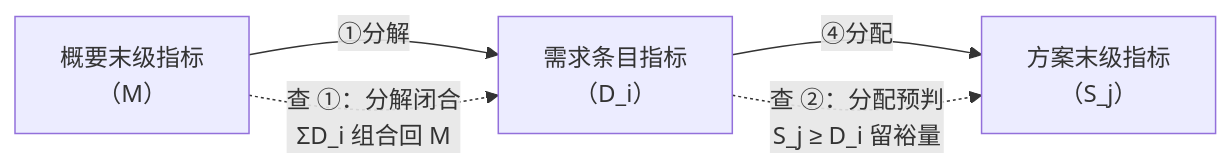
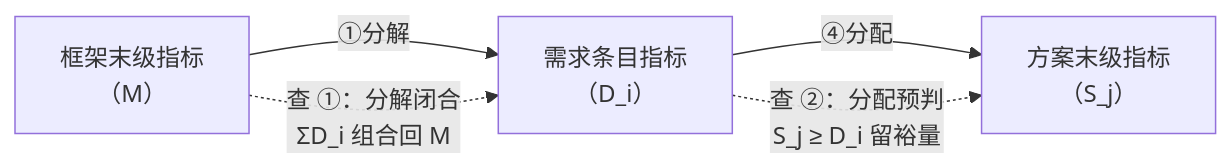
One commit to Yongjunzhou/AOS-system-design changed the tenth of 17 diagrams in 50-系统工程研究/00-系统工程相关研究报告/01-设计开发概念研究报告-从需求到质量基座.md. Above: the diagram before and after it, drawn with Mermaid. The commit also changed other lines of this file and 60 other files, not shown here.

````diff
--- a/50-系统工程研究/00-系统工程相关研究报告/01-设计开发概念研究报告-从需求到质量基座.md
+++ b/50-系统工程研究/00-系统工程相关研究报告/01-设计开发概念研究报告-从需求到质量基座.md
@@ -489,7 +489,7 @@
 ```mermaid
 flowchart LR
-    M["概要末级指标<br/>（M）"] -->|"①分解"| D["需求条目指标<br/>（D_i）"]
+    M["框架末级指标<br/>（M）"] -->|"①分解"| D["需求条目指标<br/>（D_i）"]
     D -->|"④分配"| S["方案末级指标<br/>（S_j）"]
     M -.->|"查 ①：分解闭合<br/>ΣD_i 组合回 M"| D
     D -.->|"查 ②：分配预判<br/>S_j ≥ D_i 留裕量"| S
 ```
````
